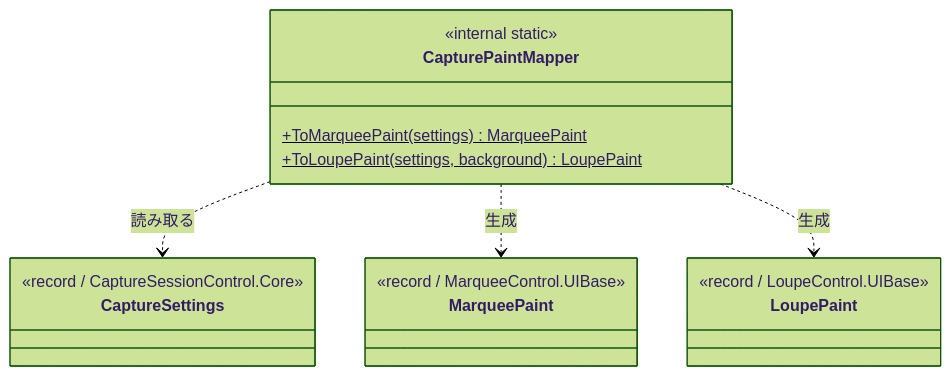
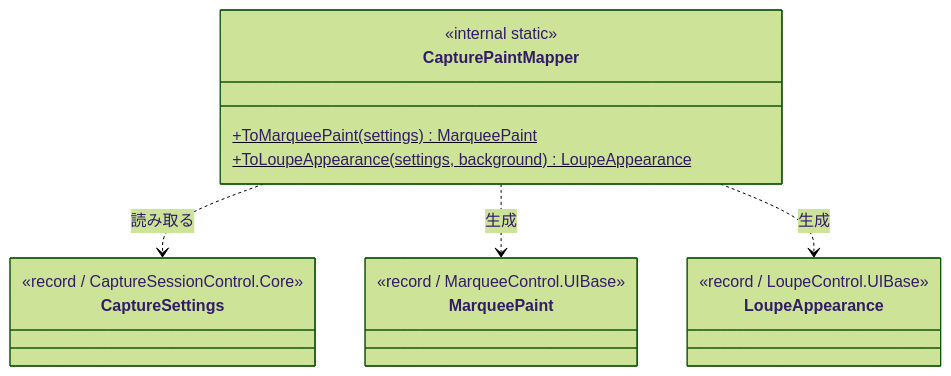
One commit to tomokuni/SaveEvidence changed the second of 3 diagrams in src/CaptureSessionControl.UIBase/SPEC_System.md. Above: the diagram before and after it, drawn with Mermaid (forest theme). The commit also changed other lines of this file and 92 other files, not shown here.

````diff
--- a/src/CaptureSessionControl.UIBase/SPEC_System.md
+++ b/src/CaptureSessionControl.UIBase/SPEC_System.md
@@ -54,21 +54,21 @@
 ```mermaid
 classDiagram
   class CapturePaintMapper {
     <<internal static>>
     +ToMarqueePaint(settings)$ MarqueePaint
-    +ToLoupePaint(settings, background)$ LoupePaint
+    +ToLoupeAppearance(settings, background)$ LoupeAppearance
   }
   class CaptureSettings {
     <<record / CaptureSessionControl.Core>>
   }
   class MarqueePaint {
     <<record / MarqueeControl.UIBase>>
   }
-  class LoupePaint {
+  class LoupeAppearance {
     <<record / LoupeControl.UIBase>>
   }
 
   CapturePaintMapper ..> CaptureSettings : 読み取る
   CapturePaintMapper ..> MarqueePaint : 生成
-  CapturePaintMapper ..> LoupePaint : 生成
+  CapturePaintMapper ..> LoupeAppearance : 生成
 ```
````
